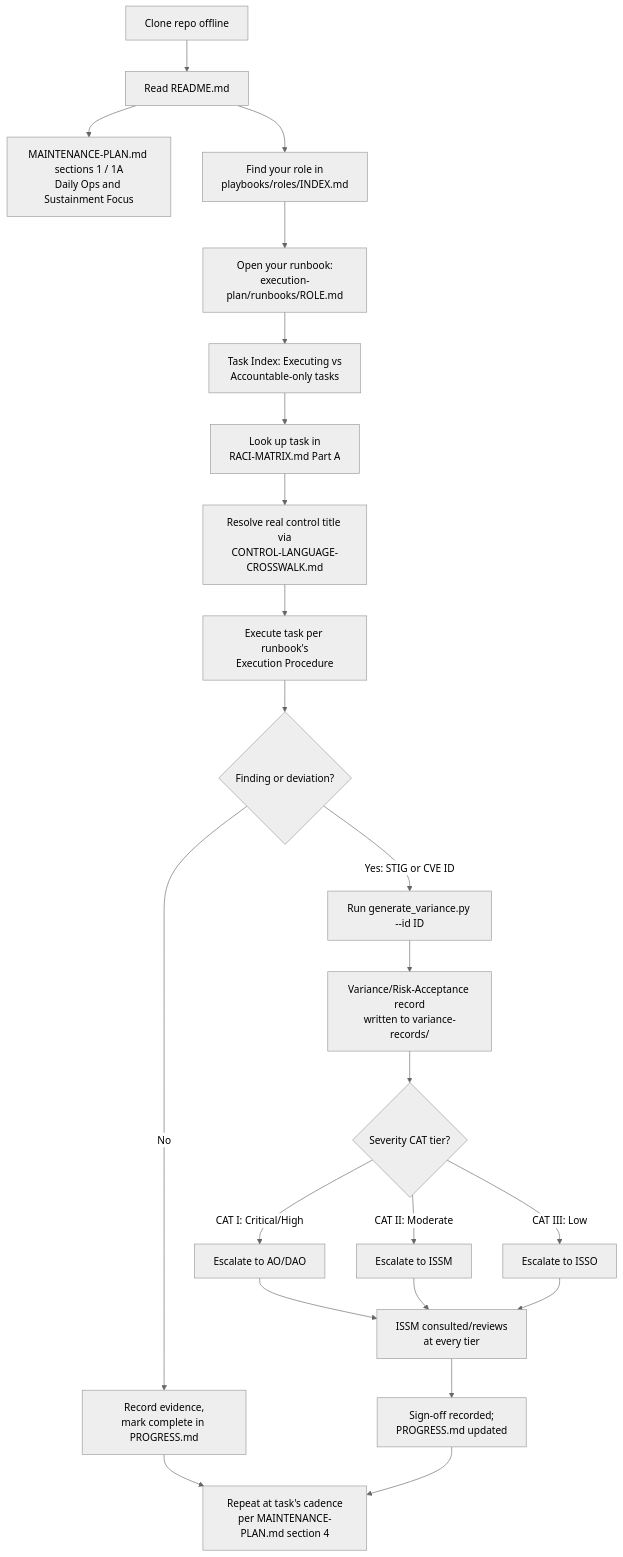
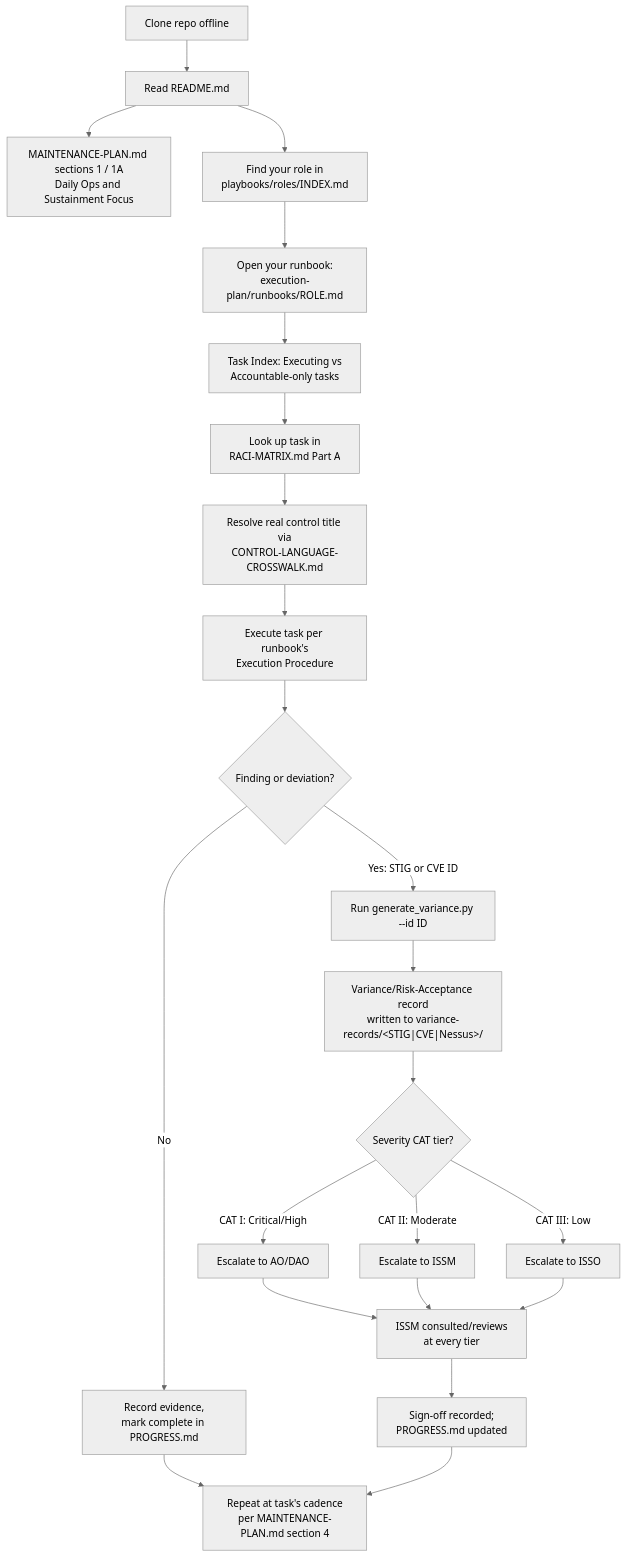
Before and after one commit to Celeannora/jsig-maintenance-playbook: the diagram in README.md, drawn with Mermaid (neutral theme). The commit also changed 5 other files, not shown here.

````diff
--- a/README.md
+++ b/README.md
@@ -71,25 +71,25 @@
 ```mermaid
 flowchart TD
     A[Clone repo offline] --> B[Read README.md]
     B --> C["MAINTENANCE-PLAN.md sections 1 / 1A<br/>Daily Ops and Sustainment Focus"]
     B --> D["Find your role in<br/>playbooks/roles/INDEX.md"]
     D --> E["Open your runbook:<br/>execution-plan/runbooks/ROLE.md"]
     E --> F["Task Index: Executing vs<br/>Accountable-only tasks"]
     F --> G["Look up task in<br/>RACI-MATRIX.md Part A"]
     G --> H["Resolve real control title via<br/>CONTROL-LANGUAGE-CROSSWALK.md"]
     H --> I["Execute task per runbook's<br/>Execution Procedure"]
     I --> J{Finding or deviation?}
     J -->|No| K["Record evidence,<br/>mark complete in PROGRESS.md"]
     J -->|"Yes: STIG or CVE ID"| L["Run generate_variance.py --id ID"]
-    L --> M["Variance/Risk-Acceptance record<br/>written to variance-records/"]
+    L --> M["Variance/Risk-Acceptance record<br/>written to variance-records/&lt;STIG|CVE|Nessus&gt;/"]
     M --> N{Severity CAT tier?}
     N -->|CAT I: Critical/High| O[Escalate to AO/DAO]
     N -->|CAT II: Moderate| P[Escalate to ISSM]
     N -->|CAT III: Low| Q[Escalate to ISSO]
     O --> R["ISSM consulted/reviews<br/>at every tier"]
     P --> R
     Q --> R
     R --> S["Sign-off recorded;<br/>PROGRESS.md updated"]
     K --> T["Repeat at task's cadence<br/>per MAINTENANCE-PLAN.md section 4"]
     S --> T
 ```
````
